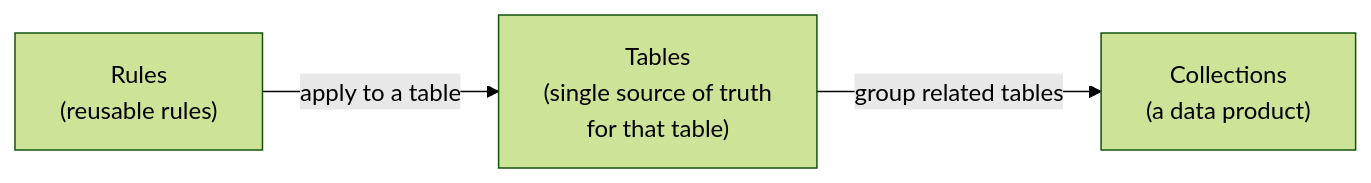
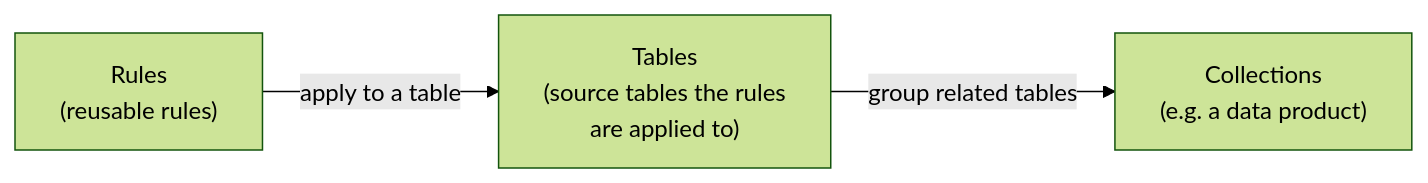
The diagram in docs/dqx/docs/studio/index.mdx (databrickslabs/dqx), drawn with Mermaid (forest theme) before and after one commit. The commit also changed other lines of this file and 69 other files, not shown here.

````diff
--- a/docs/dqx/docs/studio/index.mdx
+++ b/docs/dqx/docs/studio/index.mdx
@@ -110,5 +88,5 @@
 ```mermaid
 flowchart LR
-  A["Rules<br/>(reusable rules)"] -->|apply to a table| B["Tables<br/>(single source of truth<br/>for that table)"]
-  B -->|group related tables| C["Collections<br/>(a data product)"]
+  A["Rules<br/>(reusable rules)"] -->|apply to a table| B["Tables<br/>(source tables the rules<br/>are applied to)"]
+  B -->|group related tables| C["Collections<br/>(e.g. a data product)"]
 ```
````
